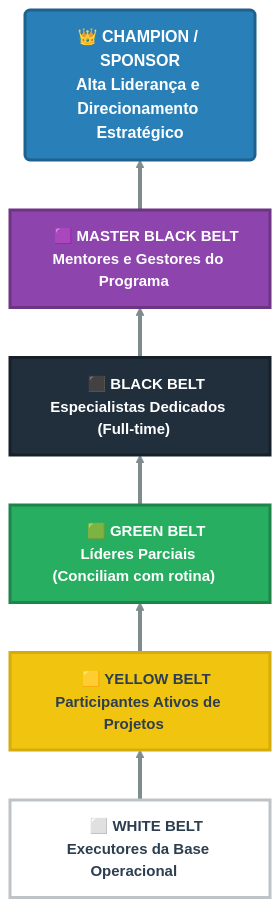
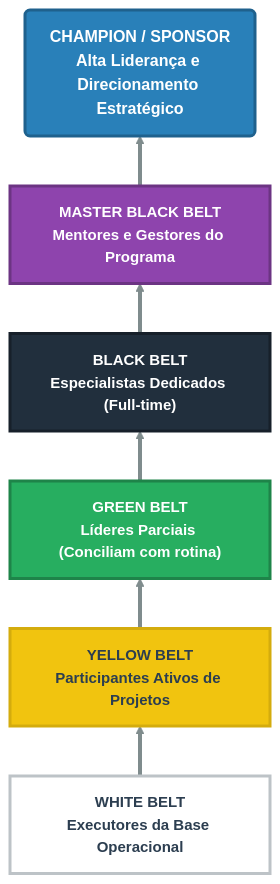
One commit to rafasfer2/MiningAnalyticsBook changed the third of 10 diagrams in chapters/cap2-modelos-gestao.qmd. Above: the diagram before and after it, drawn with Mermaid. The commit also changed other lines of this file and 3 other files, not shown here.

Commit message:
Cap2: corrigir render dos diagramas Mermaid e atualizar output

````diff
--- a/chapters/cap2-modelos-gestao.qmd
+++ b/chapters/cap2-modelos-gestao.qmd
@@ -454,35 +474,35 @@
 ```{mermaid}
 %%| label: fig-piramide-belts
 %%| fig-cap: "Estrutura de Níveis de Certificação Six Sigma"
 
 flowchart BT
     %% --- CONFIGURAÇÃO DE ESTILOS (Cores reais e letras grandes) ---
     classDef white fill:#ffffff,stroke:#bdc3c7,stroke-width:3px,color:#2c3e50,font-size:15px,font-weight:bold
     classDef yellow fill:#f1c40f,stroke:#d4ac0d,stroke-width:3px,color:#2c3e50,font-size:15px,font-weight:bold
     classDef green fill:#27ae60,stroke:#1e8449,stroke-width:3px,color:#ffffff,font-size:15px,font-weight:bold
     classDef black fill:#212f3d,stroke:#17202a,stroke-width:3px,color:#ffffff,font-size:15px,font-weight:bold
     classDef master fill:#8e44ad,stroke:#6c3483,stroke-width:3px,color:#ffffff,font-size:15px,font-weight:bold
     classDef champion fill:#2980b9,stroke:#1f618d,stroke-width:3px,color:#ffffff,font-size:16px,font-weight:bold
 
-    W["&nbsp;&nbsp;&nbsp;⬜ WHITE BELT<br>Executores da Base Operacional&nbsp;&nbsp;&nbsp;"]
-    Y["&nbsp;&nbsp;&nbsp;🟨 YELLOW BELT<br>Participantes Ativos de Projetos&nbsp;&nbsp;&nbsp;"]
-    G["&nbsp;&nbsp;&nbsp;🟩 GREEN BELT<br>Líderes Parciais (Conciliam com rotina)&nbsp;&nbsp;&nbsp;"]
-    B["&nbsp;&nbsp;&nbsp;⬛ BLACK BELT<br>Especialistas Dedicados (Full-time)&nbsp;&nbsp;&nbsp;"]
-    M["&nbsp;&nbsp;&nbsp;🟪 MASTER BLACK BELT<br>Mentores e Gestores do Programa&nbsp;&nbsp;&nbsp;"]
-    C("👑 CHAMPION / SPONSOR<br>Alta Liderança e Direcionamento Estratégico")
+    W["WHITE BELT<br/>Executores da Base Operacional"]
+    Y["YELLOW BELT<br/>Participantes Ativos de Projetos"]
+    G["GREEN BELT<br/>Líderes Parciais (Conciliam com rotina)"]
+    B["BLACK BELT<br/>Especialistas Dedicados (Full-time)"]
+    M["MASTER BLACK BELT<br/>Mentores e Gestores do Programa"]
+    C("CHAMPION / SPONSOR<br/>Alta Liderança e Direcionamento Estratégico")
 
     W ==> Y
     Y ==> G
     G ==> B
     B ==> M
     M ==> C
 
     linkStyle default stroke:#7f8c8d,stroke-width:4px
 
     class W white;
     class Y yellow;
     class G green;
     class B black;
     class M master;
     class C champion;
 ```
````
